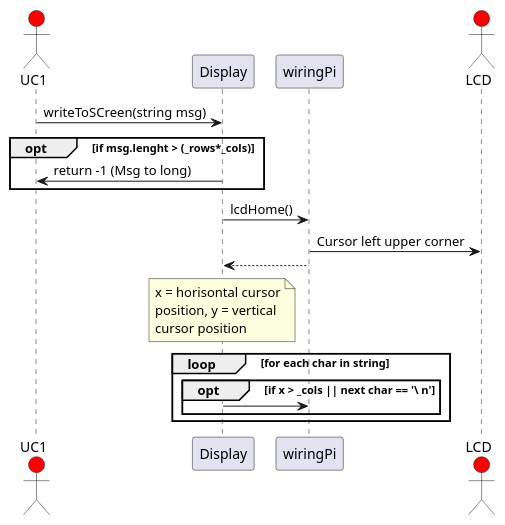
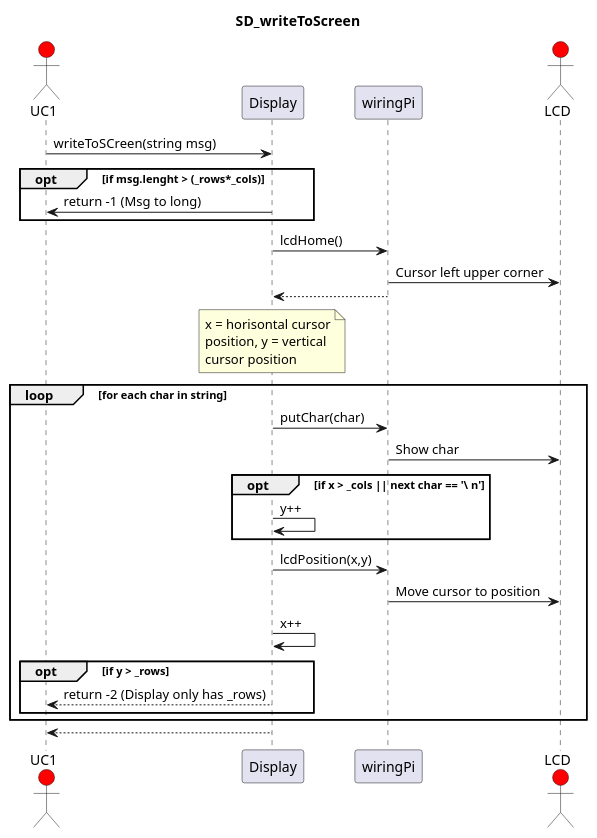
Before and after one commit to Solvgraa-mager/E3PRJ3: the diagram in Diagrammer/CentralComputer/Klasser/Display/writeToScreen.puml, drawn with PlantUML. The commit also changed 29 other files, not shown here.

Commit message:
Diagrammer opdateret

```diff
--- a/Diagrammer/CentralComputer/Klasser/Display/writeToScreen.puml
+++ b/Diagrammer/CentralComputer/Klasser/Display/writeToScreen.puml
@@ -1,30 +1,39 @@
 @startuml
+
+title SD_writeToScreen
 
 actor UC1 #red
 participant Display
 participant wiringPi
 actor LCD #red
 
 skinparam wrapWidth 150
 
 UC1 -> Display : writeToSCreen(string msg)
 opt if msg.lenght > (_rows*_cols)
     Display->UC1 : return -1 (Msg to long)
 end
 
 Display -> wiringPi : lcdHome()
 wiringPi -> LCD : Cursor left upper corner
 wiringPi --> Display : 
 
 note over Display : x = horisontal cursor position, y = vertical cursor position
 
 loop for each char in string
+    Display -> wiringPi : putChar(char)
+    wiringPi -> LCD : Show char
     opt if x > _cols || next char == '\ n' 
-        Display -> wiringPi : 
+        Display -> Display : y++
     end opt
-
+    Display -> wiringPi : lcdPosition(x,y)
+    wiringPi -> LCD : Move cursor to position
+    Display -> Display : x++
+    opt if y > _rows
+        Display --> UC1 : return -2 (Display only has _rows)
+    end opt
 end loop
-
+Display --> UC1 : 
 
 
 @enduml
```
